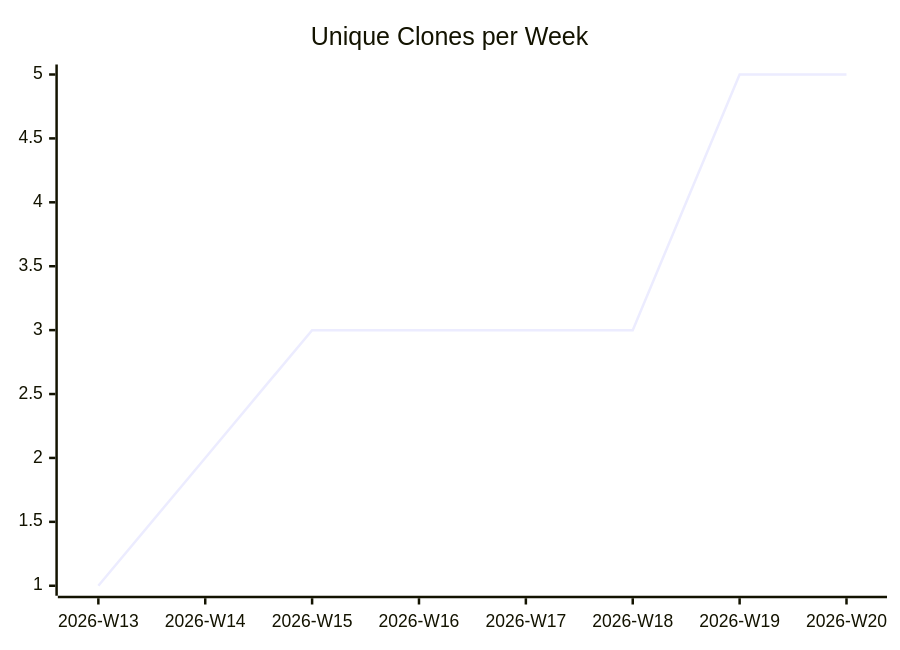
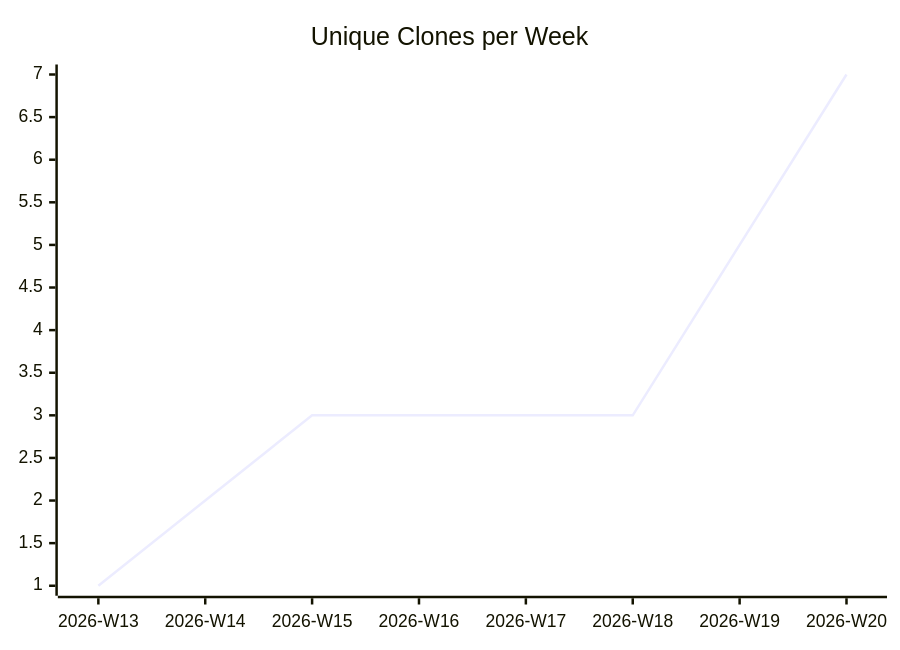
Before and after one commit to justdavis-family/github-analytics-data: the third of 3 diagrams in karlmdavis/xmlpull/README.md, drawn with Mermaid. The commit also changed other lines of this file and 192 other files, not shown here.

````diff
--- a/karlmdavis/xmlpull/README.md
+++ b/karlmdavis/xmlpull/README.md
@@ -19,6 +19,6 @@
 ```mermaid
 xychart-beta
   title "Unique Clones per Week"
   x-axis ["2026-W13", "2026-W14", "2026-W15", "2026-W16", "2026-W17", "2026-W18", "2026-W19", "2026-W20"]
-  line [1, 2, 3, 3, 3, 3, 5, 5]
+  line [1, 2, 3, 3, 3, 3, 5, 7]
 ```
````
